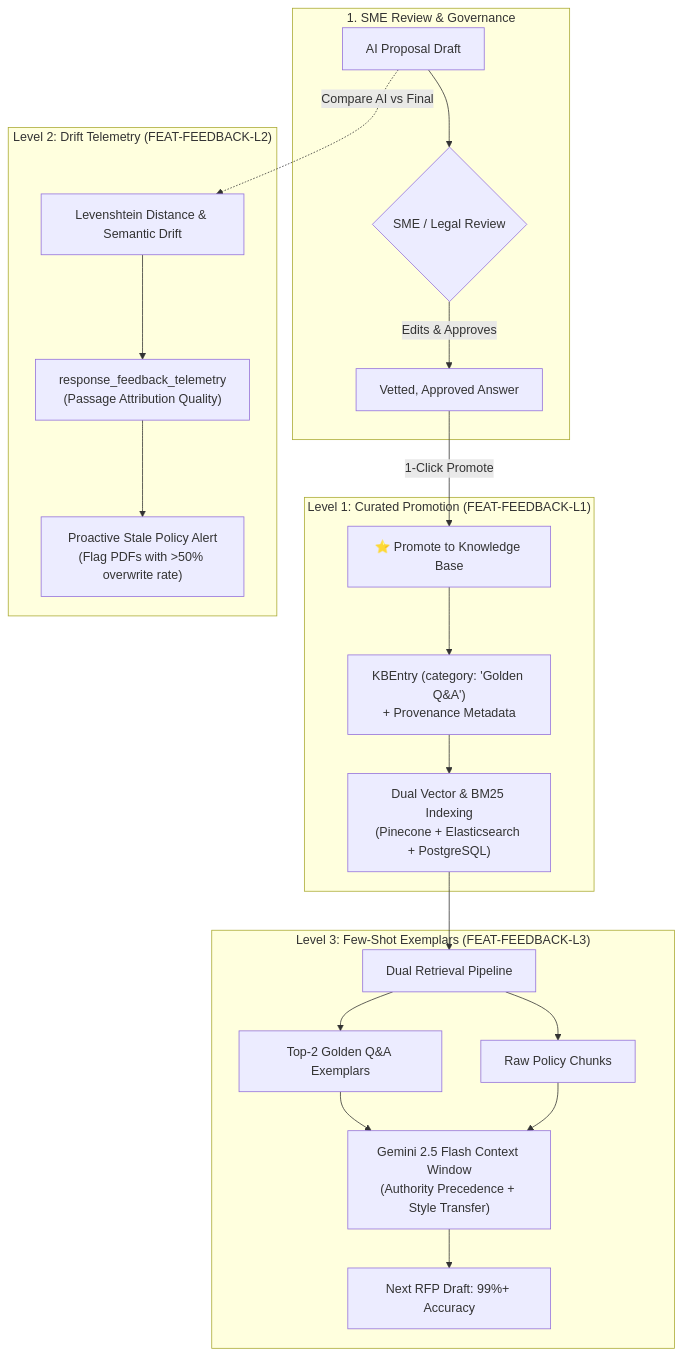
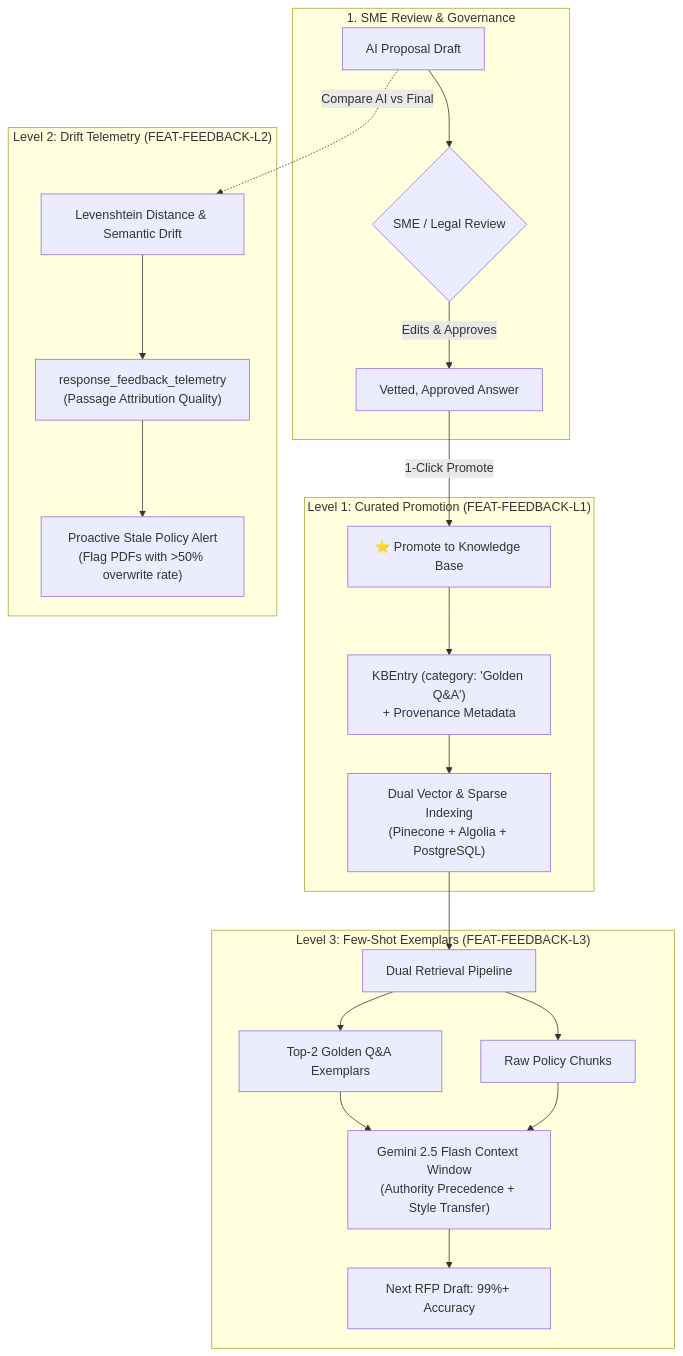
Before and after one commit to dipeshsingh2012/rfpengine: the diagram in docs/adr/0019-closed-loop-ai-feedback-architecture.md, drawn with Mermaid. The commit also changed other lines of this file and 43 other files, not shown here.

First line of the commit message:
feat: swap elasticsearch with algolia for sparse retrieval

````diff
--- a/docs/adr/0019-closed-loop-ai-feedback-architecture.md
+++ b/docs/adr/0019-closed-loop-ai-feedback-architecture.md
@@ -27,27 +27,27 @@
 ```mermaid
 flowchart TD
     subgraph Human_Governance ["1. SME Review & Governance"]
         Draft["AI Proposal Draft"] --> Reviewer{"SME / Legal Review"}
         Reviewer -->|Edits & Approves| ApprovedAnswer["Vetted, Approved Answer"]
     end
 
     subgraph Level_1 ["Level 1: Curated Promotion (FEAT-FEEDBACK-L1)"]
         ApprovedAnswer -->|1-Click Promote| PromoteAction["⭐ Promote to Knowledge Base"]
         PromoteAction --> KBEntry["KBEntry (category: 'Golden Q&A')<br/>+ Provenance Metadata"]
-        KBEntry --> DualSync["Dual Vector & BM25 Indexing<br/>(Pinecone + Elasticsearch + PostgreSQL)"]
+        KBEntry --> DualSync["Dual Vector & Sparse Indexing<br/>(Pinecone + Algolia + PostgreSQL)"]
     end
 
     subgraph Level_2 ["Level 2: Drift Telemetry (FEAT-FEEDBACK-L2)"]
         Draft -.->|Compare AI vs Final| EditDiff["Levenshtein Distance & Semantic Drift"]
         EditDiff --> TelemetryLog["response_feedback_telemetry<br/>(Passage Attribution Quality)"]
         TelemetryLog --> StaleAlert["Proactive Stale Policy Alert<br/>(Flag PDFs with >50% overwrite rate)"]
     end
 
     subgraph Level_3 ["Level 3: Few-Shot Exemplars (FEAT-FEEDBACK-L3)"]
         DualSync --> DualRetrieval["Dual Retrieval Pipeline"]
         DualRetrieval --> Exemplars["Top-2 Golden Q&A Exemplars"]
         DualRetrieval --> RawDocs["Raw Policy Chunks"]
         Exemplars & RawDocs --> GeminiContext["Gemini 2.5 Flash Context Window<br/>(Authority Precedence + Style Transfer)"]
         GeminiContext --> NextDraft["Next RFP Draft: 99%+ Accuracy"]
     end
 ```
````
